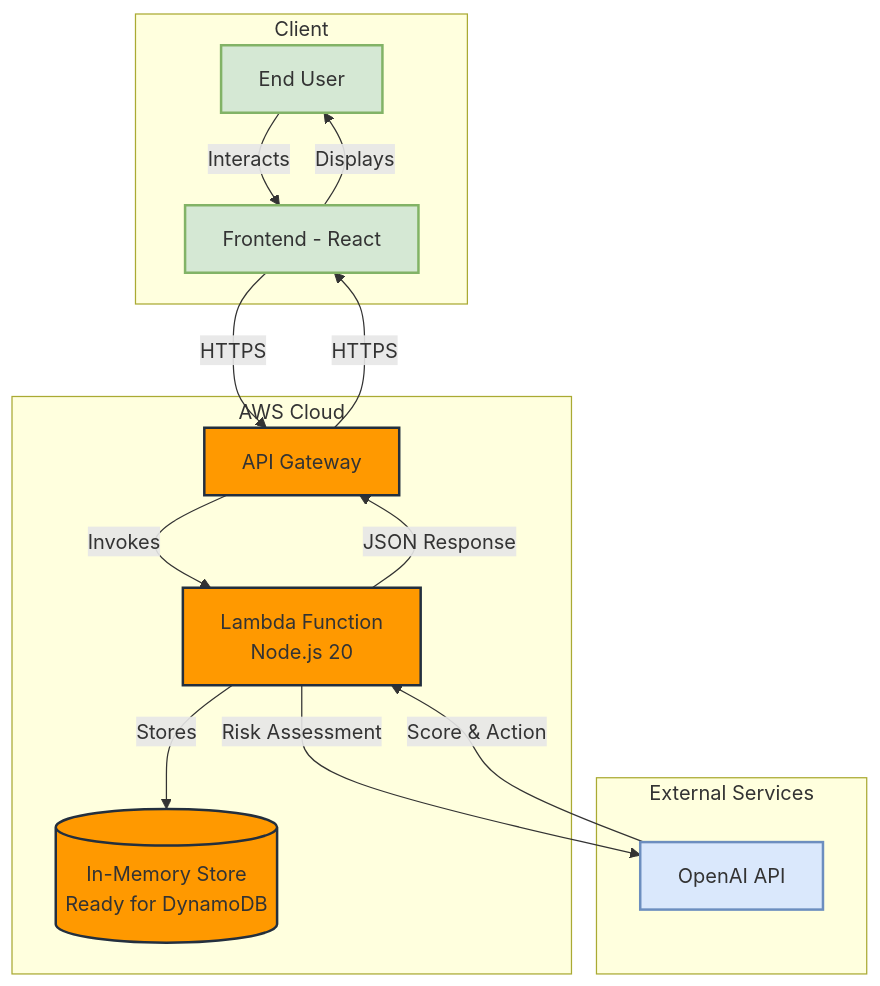
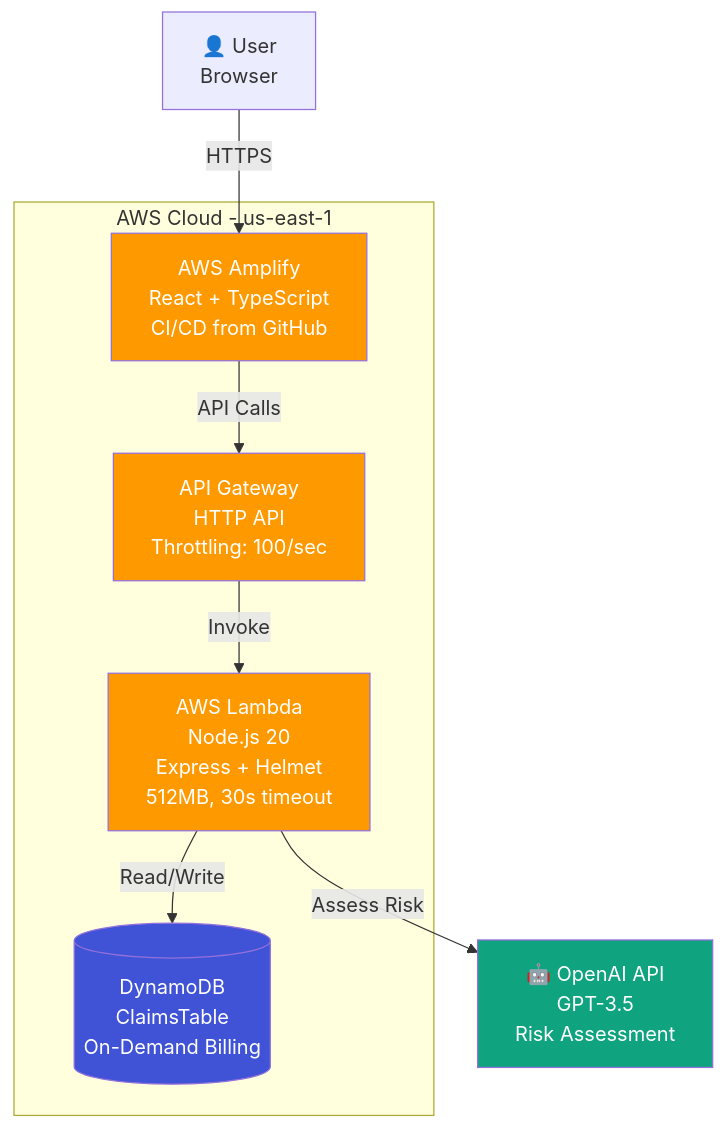
The diagram in backend/docs/architecture-diagram.md (ingChristian27/claims-risk-assessor-api), drawn with Mermaid before and after one commit. The commit also changed other lines of this file and 19 other files, not shown here.

````diff
--- a/backend/docs/architecture-diagram.md
+++ b/backend/docs/architecture-diagram.md
@@ -5,36 +5,28 @@
 ```mermaid
-graph TD
-    subgraph Client
-        User[End User]
-        Frontend[Frontend - React]
+graph TB
+    User[👤 User<br/>Browser]
+    
+    subgraph AWS["AWS Cloud - us-east-1"]
+        Amplify[AWS Amplify<br/>React + TypeScript<br/>CI/CD from GitHub]
+        
+        APIGW[API Gateway<br/>HTTP API<br/>Throttling: 100/sec]
+        
+        Lambda[AWS Lambda<br/>Node.js 20<br/>Express + Helmet<br/>512MB, 30s timeout]
+        
+        DynamoDB[(DynamoDB<br/>ClaimsTable<br/>On-Demand Billing)]
     end
-
-    subgraph AWS["AWS Cloud"]
-        APIGateway[API Gateway]
-        Lambda[Lambda Function<br/>Node.js 20]
-        DB[(In-Memory Store<br/>Ready for DynamoDB)]
-    end
-
-    subgraph External["External Services"]
-        AI[OpenAI API]
-    end
-
-    User -->|Interacts| Frontend
-    Frontend -->|HTTPS| APIGateway
-    APIGateway -->|Invokes| Lambda
-    Lambda -->|Stores| DB
-    Lambda -->|Risk Assessment| AI
-    AI -->|Score & Action| Lambda
-    Lambda -->|JSON Response| APIGateway
-    APIGateway -->|HTTPS| Frontend
-    Frontend -->|Displays| User
-
-    %% Styling
-    classDef frontend fill:#D5E8D4,stroke:#82B366,stroke-width:2px;
-    classDef aws fill:#FF9900,stroke:#232F3E,stroke-width:2px;
-    classDef external fill:#DAE8FC,stroke:#6C8EBF,stroke-width:2px;
-
-    class Frontend,User frontend;
-    class APIGateway,Lambda,DB aws;
-    class AI external;
+    
+    OpenAI[🤖 OpenAI API<br/>GPT-3.5<br/>Risk Assessment]
+    
+    User -->|HTTPS| Amplify
+    Amplify -->|API Calls| APIGW
+    APIGW -->|Invoke| Lambda
+    Lambda -->|Read/Write| DynamoDB
+    Lambda -->|Assess Risk| OpenAI
+    
+    style Amplify fill:#FF9900,color:#fff
+    style APIGW fill:#FF9900,color:#fff
+    style Lambda fill:#FF9900,color:#fff
+    style DynamoDB fill:#4053D6,color:#fff
+    style OpenAI fill:#10A37F,color:#fff
 ```
````
